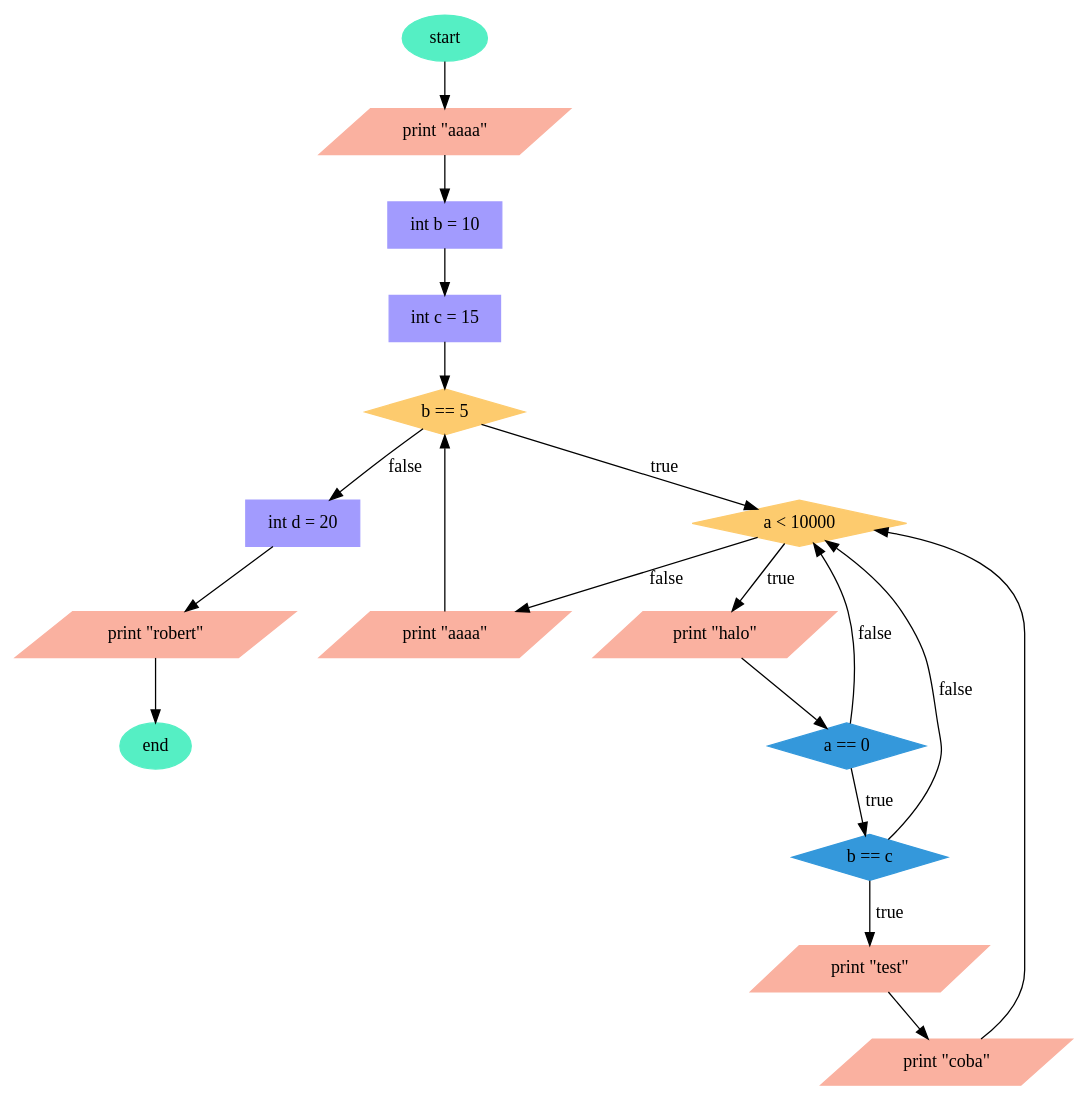
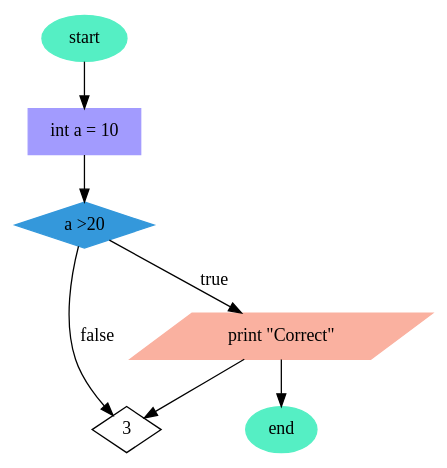
Before and after one commit to hengkysanjaya123/FP_AOA_CodeToFlowchart: the diagram in flowchart.gv, drawn with Graphviz. The commit also changed 24 other files, not shown here.

```diff
--- a/flowchart.gv
+++ b/flowchart.gv
@@ -1,83 +1,18 @@
 strict digraph flowchart {
-	node [color="#fab1a0" shape=parallelogram style=filled]
-	0 [label="print \"aaaa\""]
+	0 [label="int a = 10" color="#a29bfe" shape=rectangle style=filled]
 	node [rankdir=LR]
 	start [color="#55efc4" shape=oval style=filled]
 	start -> 0
-	1 [label="int b = 10" color="#a29bfe" shape=rectangle style=filled]
+	node [shape=diamond]
+	1 [label="a >20" color="#3498db" shape=diamond style=filled]
 	0 -> 1
-	2 [label="int c = 15" color="#a29bfe" shape=rectangle style=filled]
+	1 -> 3 [label=false]
 	1 -> 2
-	node [shape=diamond]
-	3 [label="b == 5" color="#fdcb6e" shape=diamond style=filled]
+	1 -> 2 [label=true]
+	node [color="#fab1a0" shape=parallelogram style=filled]
+	2 [label="print \"Correct\""]
+	2 [label="print \"Correct\"" color="#fab1a0" shape=parallelogram style=filled]
 	2 -> 3
-	3 -> 11 [label=false]
-	3 -> 4
-	3 -> 4 [label=true]
-	node [shape=diamond]
-	4 [label="a < 10000" color="#fdcb6e" shape=diamond style=filled]
-	3 -> 4
-	4 -> 10 [label=false]
-	4 -> 5 [label=true]
-	node [color="#fab1a0" shape=parallelogram style=filled]
-	5 [label="print \"halo\""]
-	5 [label="print \"halo\"" color="#fab1a0" shape=parallelogram style=filled]
-	node [shape=diamond]
-	6 [label="a == 0" color="#3498db" shape=diamond style=filled]
-	5 -> 6
-	6 -> 4 [label=false]
-	6 -> 4 [label=false]
-	6 -> 4 [label=false]
-	6 -> 4 [label=false]
-	6 -> 4 [label=false]
-	6 -> 4 [label=false]
-	6 -> 4 [label=false]
-	6 -> 4 [label=false]
-	6 -> 4 [label=false]
-	6 -> 4 [label=false]
-	6 -> 4 [label=false]
-	6 -> 4 [label=false]
-	6 -> 4 [label=false]
-	6 -> 7
-	6 -> 7 [label=true]
-	node [shape=diamond]
-	7 [label="b == c" color="#3498db" shape=diamond style=filled]
-	6 -> 7
-	7 -> 4 [label=false]
-	7 -> 4 [label=false]
-	7 -> 4 [label=false]
-	7 -> 4 [label=false]
-	7 -> 4 [label=false]
-	7 -> 4 [label=false]
-	7 -> 4 [label=false]
-	7 -> 4 [label=false]
-	7 -> 4 [label=false]
-	7 -> 4 [label=false]
-	7 -> 4 [label=false]
-	7 -> 4 [label=false]
-	7 -> 4 [label=false]
-	7 -> 8 [label=true]
-	node [color="#fab1a0" shape=parallelogram style=filled]
-	8 [label="print \"test\""]
-	8 [label="print \"test\"" color="#fab1a0" shape=parallelogram style=filled]
-	node [color="#fab1a0" shape=parallelogram style=filled]
-	9 [label="print \"coba\""]
-	9 [label="print \"coba\"" color="#fab1a0" shape=parallelogram style=filled]
-	8 -> 9
-	node [color="#fab1a0" shape=parallelogram style=filled]
-	10 [label="print \"aaaa\""]
-	10 [label="print \"aaaa\"" color="#fab1a0" shape=parallelogram style=filled]
-	11 [label="int d = 20" color="#a29bfe" shape=rectangle style=filled]
-	node [color="#fab1a0" shape=parallelogram style=filled]
-	12 [label="print \"robert\""]
-	12 [label="print \"robert\"" color="#fab1a0" shape=parallelogram style=filled]
-	11 -> 12
-	6 -> 7
-	6 -> 4
-	7 -> 4
-	9 -> 4
-	10 -> 3
-	10 -> 3
 	1000 [label=end color="#55efc4" shape=oval style=filled]
-	12 -> 1000
+	2 -> 1000
 }
```
